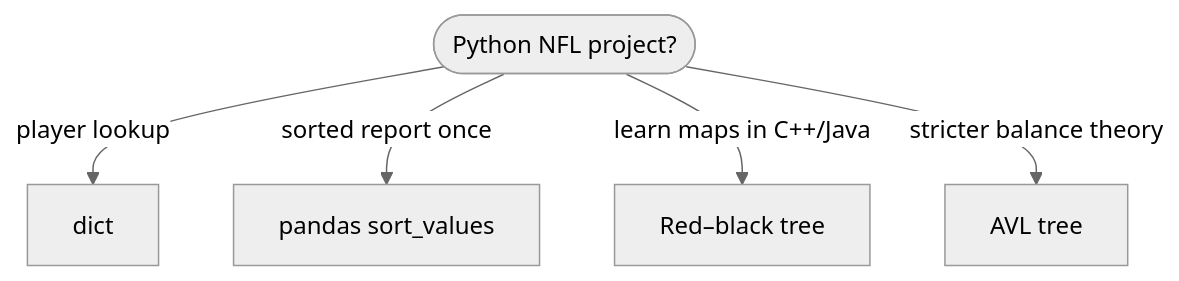
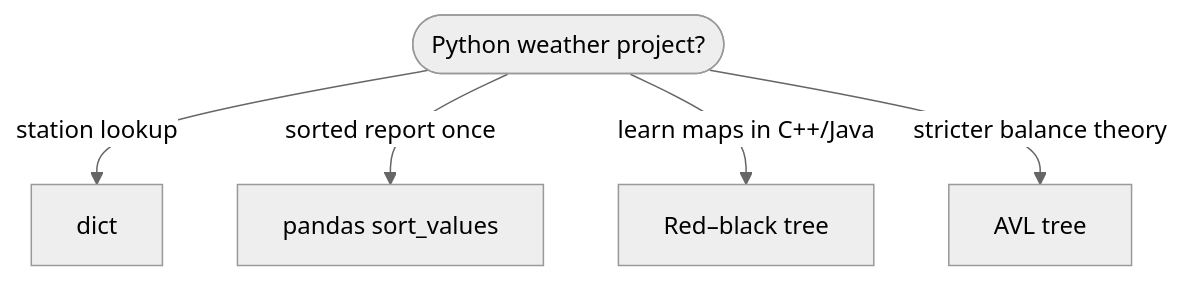
Before and after one commit to qgjones9/python-programming-guide: the fifth of 5 diagrams in docs/dsa/data-structures/red-black-tree/index.md, drawn with Mermaid (neutral theme). The commit also changed other lines of this file and 29 other files, not shown here.

````diff
--- a/docs/dsa/data-structures/red-black-tree/index.md
+++ b/docs/dsa/data-structures/red-black-tree/index.md
@@ -455,8 +451,8 @@
 ```mermaid
 flowchart TD
-  Q([Python NFL project?])
-  Q -->|player lookup| D["dict"]
+  Q([Python weather project?])
+  Q -->|station lookup| D["dict"]
   Q -->|sorted report once| P["pandas sort_values"]
-  Q -->|learn maps in C++/Java| RB["Red–black tree"]
+  Q -->|learn maps in C++/Java| station["Red–black tree"]
   Q -->|stricter balance theory| AVL["AVL tree"]
 ```
````
